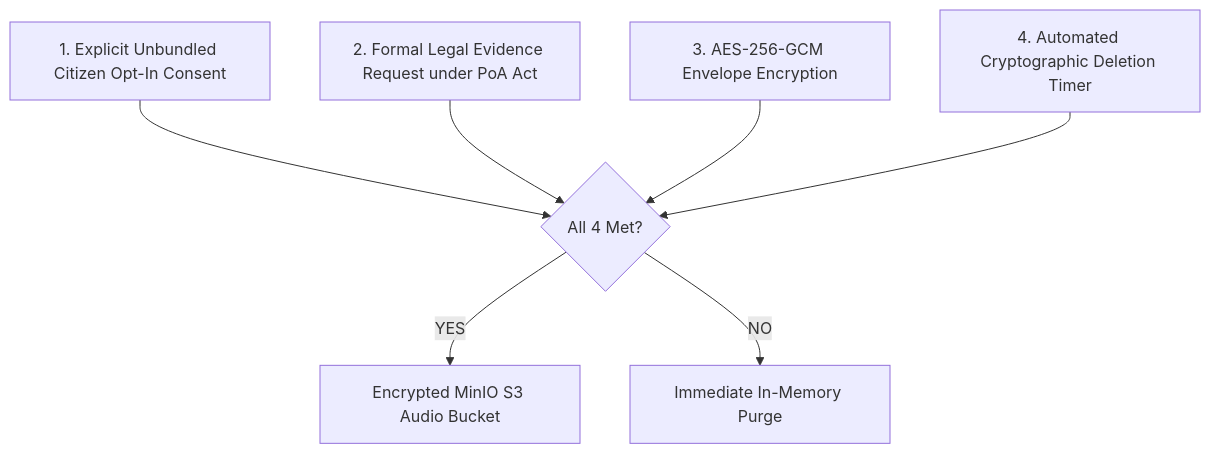
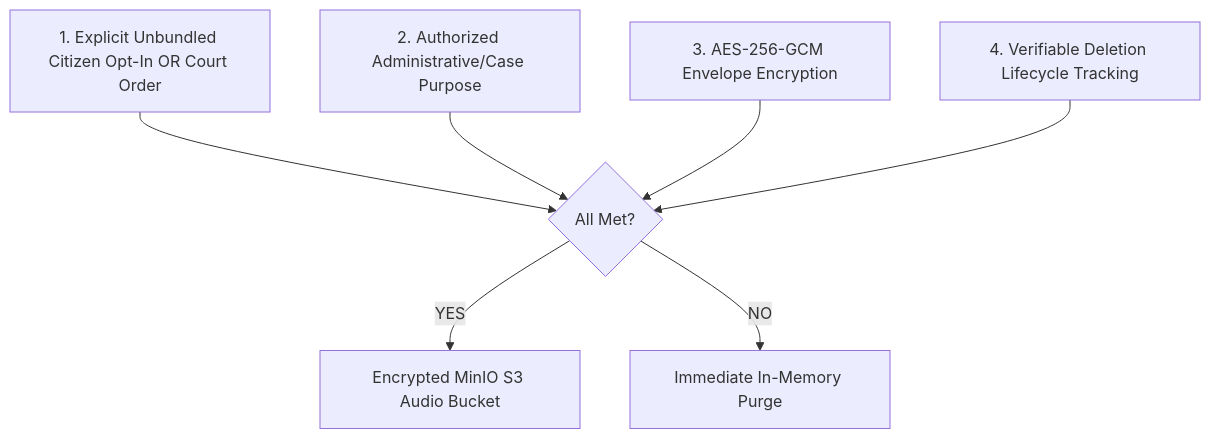
Before and after one commit to Abdulrehman1978/93: the diagram in docs/privacy/DATA_MINIMIZATION.md, drawn with Mermaid. The commit also changed other lines of this file and 18 other files, not shown here.

````diff
--- a/docs/privacy/DATA_MINIMIZATION.md
+++ b/docs/privacy/DATA_MINIMIZATION.md
@@ -56,10 +58,10 @@
 ```mermaid
 graph TD
-    Condition1[1. Explicit Unbundled Citizen Opt-In Consent] --> Gate{All 4 Met?}
-    Condition2[2. Formal Legal Evidence Request under PoA Act] --> Gate
+    Condition1[1. Explicit Unbundled Citizen Opt-In OR Court Order] --> Gate{All Met?}
+    Condition2[2. Authorized Administrative/Case Purpose] --> Gate
     Condition3[3. AES-256-GCM Envelope Encryption] --> Gate
-    Condition4[4. Automated Cryptographic Deletion Timer] --> Gate
+    Condition4[4. Verifiable Deletion Lifecycle Tracking] --> Gate
     
     Gate -->|YES| MinIOStorage[Encrypted MinIO S3 Audio Bucket]
     Gate -->|NO| EphemeralPurge[Immediate In-Memory Purge]
 ```
````
